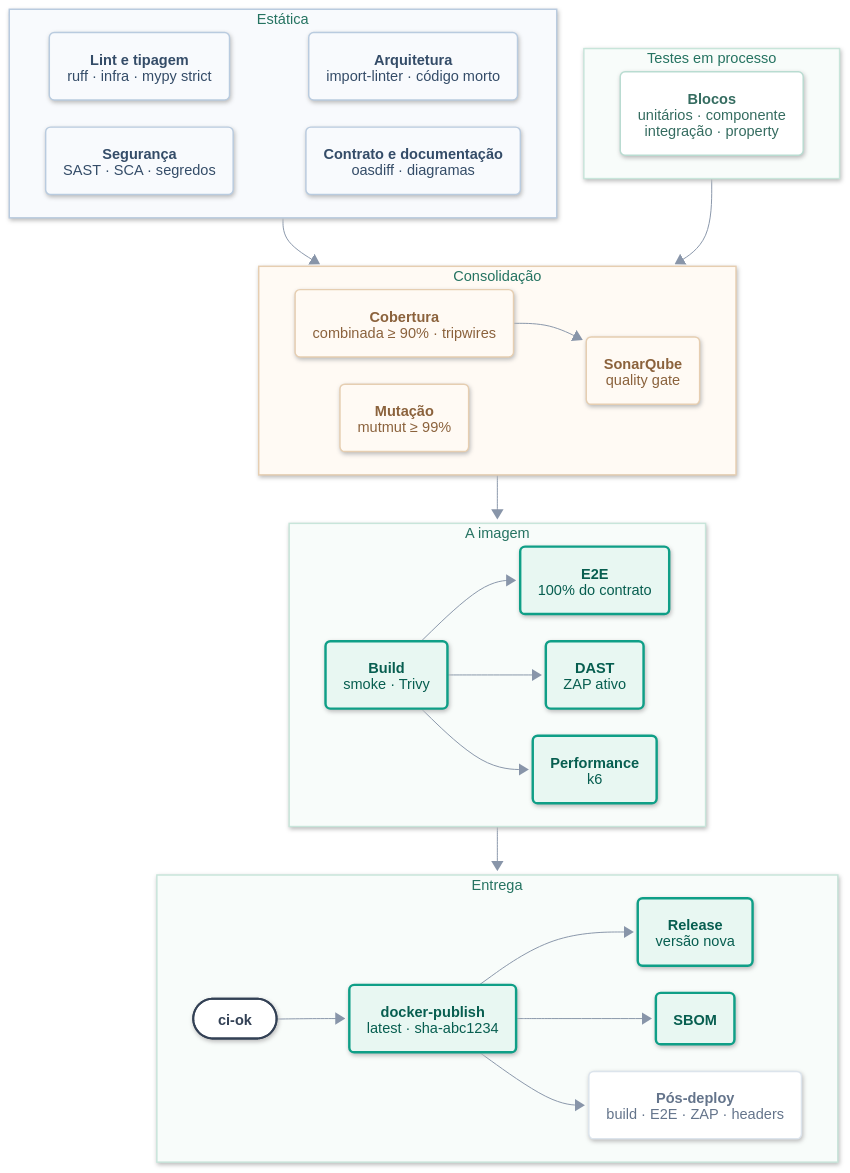
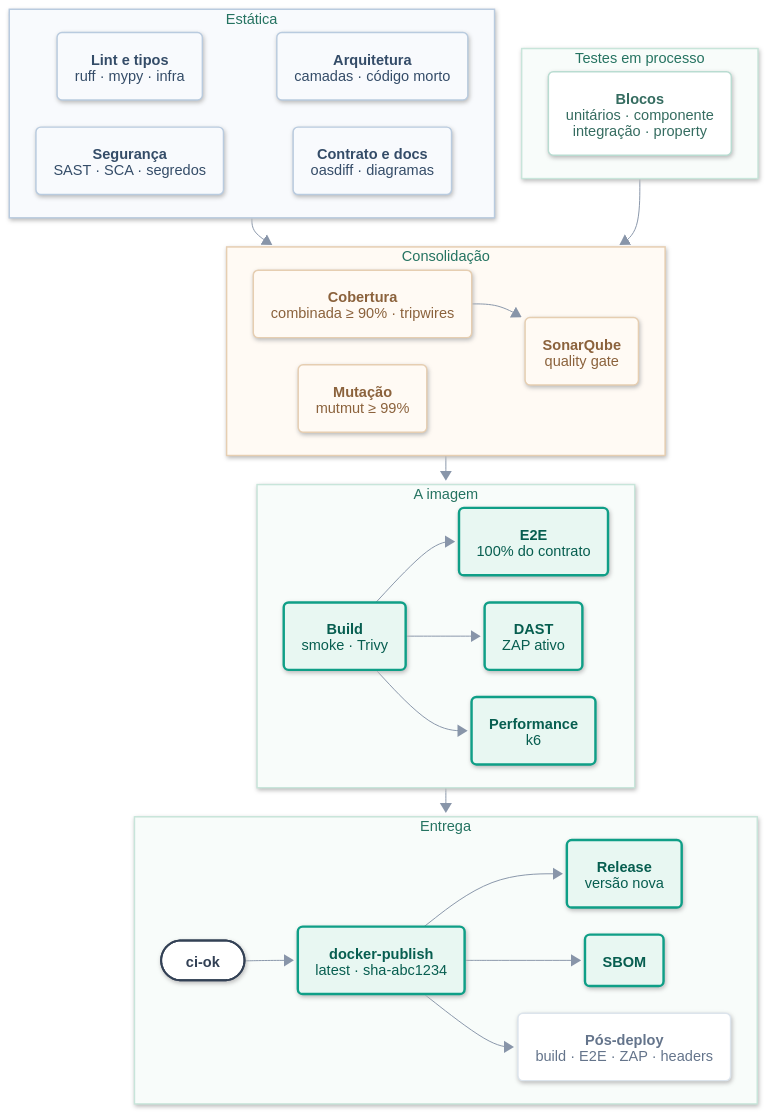
Before and after one commit to rlquilez/b3datetime: the sixth of 7 diagrams in README.md, drawn with Mermaid. The commit also changed other lines of this file and 8 other files, not shown here.

First line of the commit message:
test(docs): diagramas medidos na coluna real do GitHub (838 px na página inicial)

```diff
--- a/README.md
+++ b/README.md
@@ -1141,7 +1142,7 @@
   flowchart:
     curve: basis
     nodeSpacing: 28
-    rankSpacing: 50
+    rankSpacing: 30
     padding: 18
     wrappingWidth: 400
     diagramPadding: 24
@@ -1149,11 +1150,11 @@
 flowchart TB
     subgraph estatica["Estática"]
         direction LR
-        lint("`**Lint e tipagem**
-        ruff · infra · mypy strict`") ~~~ arq("`**Arquitetura**
-        import-linter · código morto`")
+        lint("`**Lint e tipos**
+        ruff · mypy · infra`") ~~~ arq("`**Arquitetura**
+        camadas · código morto`")
         sast("`**Segurança**
-        SAST · SCA · segredos`") ~~~ seg("`**Contrato e documentação**
+        SAST · SCA · segredos`") ~~~ seg("`**Contrato e docs**
         oasdiff · diagramas`")
     end
     subgraph processo["Testes em processo"]
```
